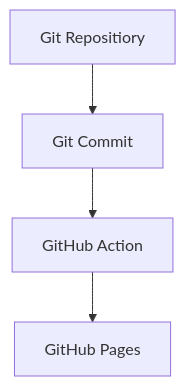
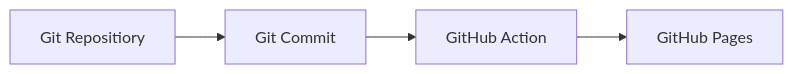
One commit to tsolenthaler/docs.contentdesk.io changed the first of 2 diagrams in docs/concepts/opendata.md. Above: the diagram before and after it, drawn with Mermaid.

Commit message:
Fix flow direction in Git repository diagram in OpenData Portal documentation

````diff
--- a/docs/concepts/opendata.md
+++ b/docs/concepts/opendata.md
@@ -4,6 +4,6 @@
 ```mermaid
-graph TD;
+graph LR;
     A[Git Repositiory] --> B[Git Commit]
     B --> C[GitHub Action]
     C --> E[GitHub Pages]
 ```
````
